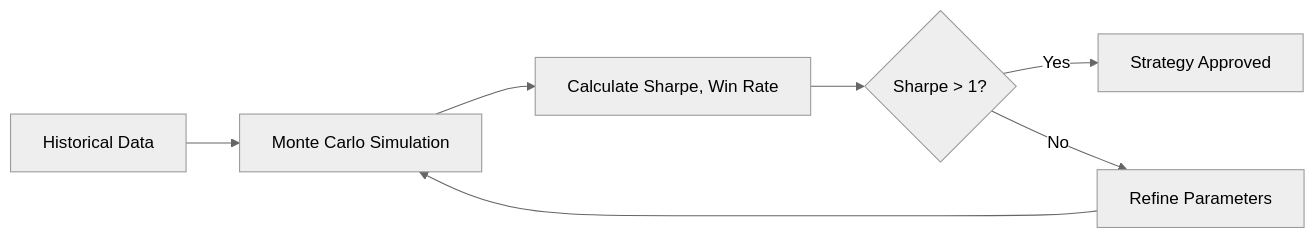
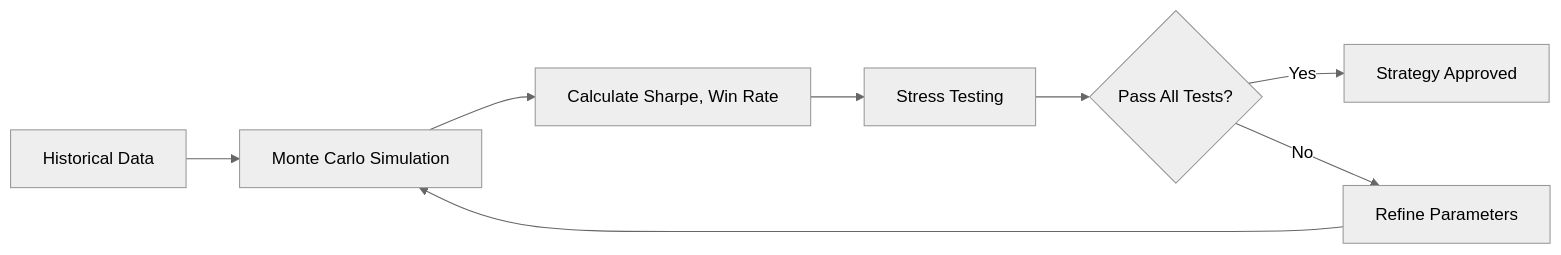
One commit to YoByron/trading changed the first of 2 diagrams in docs/_reports/2026-01-19-daily-report.md. Above: the diagram before and after it, drawn with Mermaid (neutral theme). The commit also changed other lines of this file and 3 other files, not shown here.

````diff
--- a/docs/_reports/2026-01-19-daily-report.md
+++ b/docs/_reports/2026-01-19-daily-report.md
@@ -113,9 +113,10 @@
 ```mermaid
 flowchart LR
     DATA[Historical Data] --> SIM[Monte Carlo Simulation]
     SIM --> METRICS[Calculate Sharpe, Win Rate]
-    METRICS --> VALIDATE{Sharpe > 1?}
+    METRICS --> STRESS[Stress Testing]
+    STRESS --> VALIDATE{Pass All Tests?}
     VALIDATE -->|Yes| APPROVE[Strategy Approved]
     VALIDATE -->|No| REFINE[Refine Parameters]
     REFINE --> SIM
 ```
````
